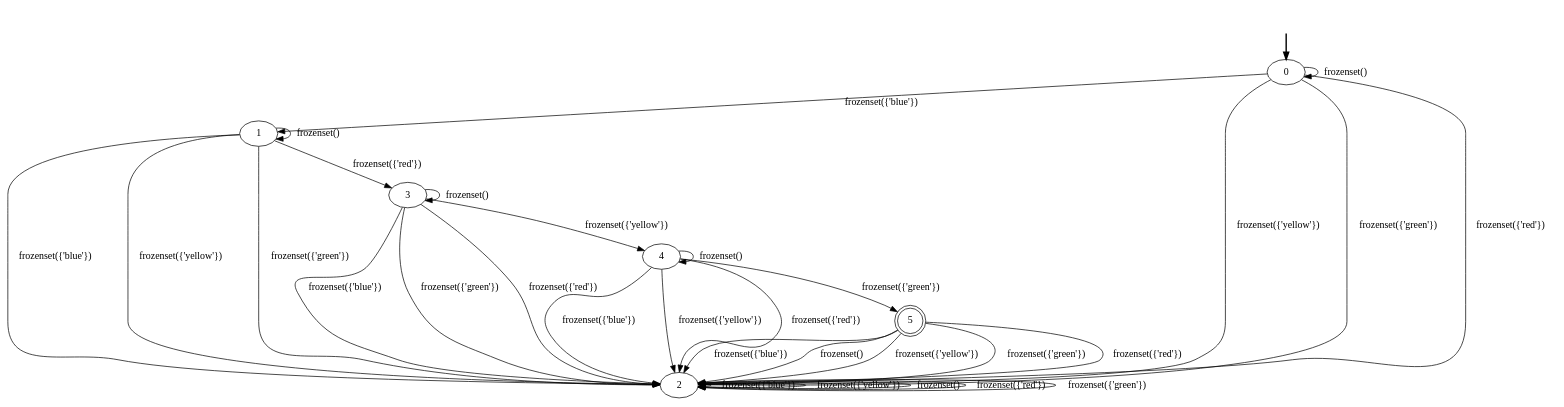
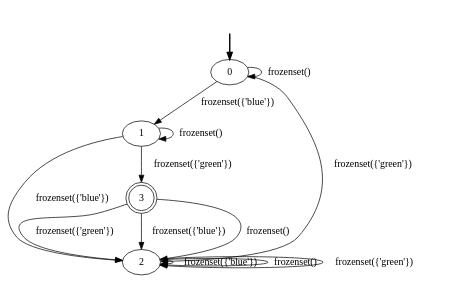
The diagram in log_dir/reward-dfa.dot (SalvatoreCognetta/DQN-NonMarkovian), drawn with Graphviz before and after one commit. The commit also changed 41 other files, not shown here.

```diff
--- a/log_dir/reward-dfa.dot
+++ b/log_dir/reward-dfa.dot
@@ -1,40 +1,20 @@
 digraph {
 	fake [style=invisible]
 	0 [root=true]
 	1
 	2
-	3
-	4
-	5 [shape=doublecircle]
+	3 [shape=doublecircle]
 	fake -> 0 [style=bold]
+	2 -> 2 [label="frozenset({'blue'})"]
+	3 -> 2 [label="frozenset({'green'})"]
+	3 -> 2 [label="frozenset({'blue'})"]
+	0 -> 2 [label="frozenset({'green'})"]
 	1 -> 1 [label="frozenset()"]
-	4 -> 2 [label="frozenset({'blue'})"]
-	3 -> 3 [label="frozenset()"]
-	3 -> 2 [label="frozenset({'blue'})"]
-	4 -> 2 [label="frozenset({'yellow'})"]
 	0 -> 0 [label="frozenset()"]
-	5 -> 2 [label="frozenset({'blue'})"]
-	2 -> 2 [label="frozenset({'blue'})"]
+	2 -> 2 [label="frozenset()"]
+	3 -> 2 [label="frozenset()"]
+	2 -> 2 [label="frozenset({'green'})"]
+	0 -> 1 [label="frozenset({'blue'})"]
+	1 -> 3 [label="frozenset({'green'})"]
 	1 -> 2 [label="frozenset({'blue'})"]
-	4 -> 5 [label="frozenset({'green'})"]
-	4 -> 2 [label="frozenset({'red'})"]
-	0 -> 2 [label="frozenset({'yellow'})"]
-	3 -> 2 [label="frozenset({'green'})"]
-	5 -> 2 [label="frozenset()"]
-	5 -> 2 [label="frozenset({'yellow'})"]
-	3 -> 4 [label="frozenset({'yellow'})"]
-	3 -> 2 [label="frozenset({'red'})"]
-	1 -> 3 [label="frozenset({'red'})"]
-	2 -> 2 [label="frozenset({'yellow'})"]
-	0 -> 2 [label="frozenset({'green'})"]
-	5 -> 2 [label="frozenset({'green'})"]
-	1 -> 2 [label="frozenset({'yellow'})"]
-	0 -> 1 [label="frozenset({'blue'})"]
-	5 -> 2 [label="frozenset({'red'})"]
-	2 -> 2 [label="frozenset()"]
-	2 -> 2 [label="frozenset({'red'})"]
-	1 -> 2 [label="frozenset({'green'})"]
-	4 -> 4 [label="frozenset()"]
-	0 -> 2 [label="frozenset({'red'})"]
-	2 -> 2 [label="frozenset({'green'})"]
 }
```
